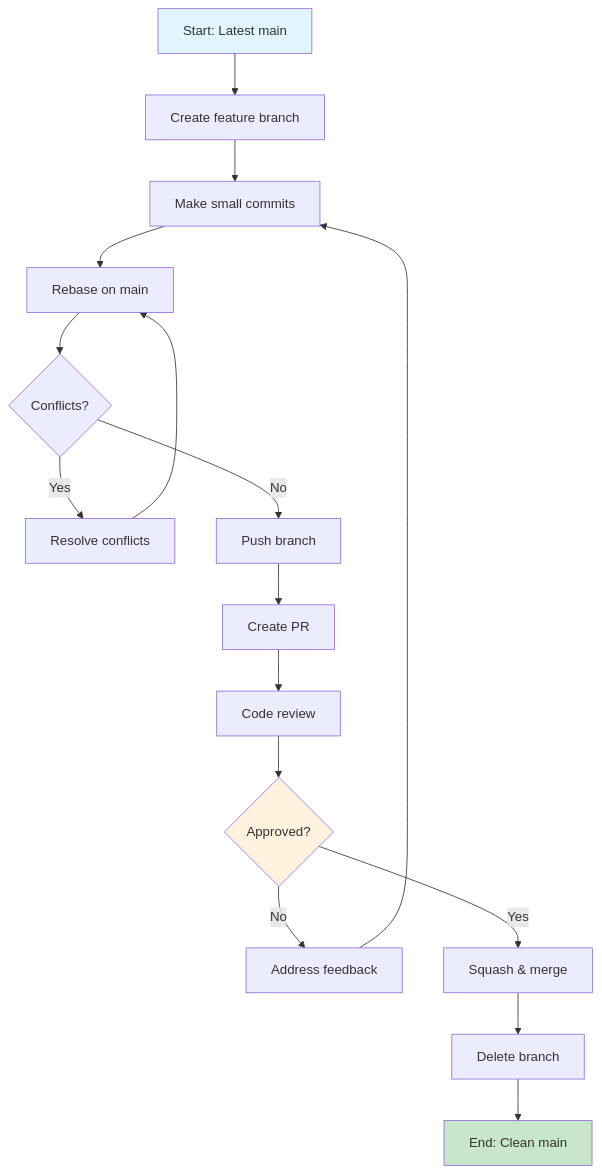
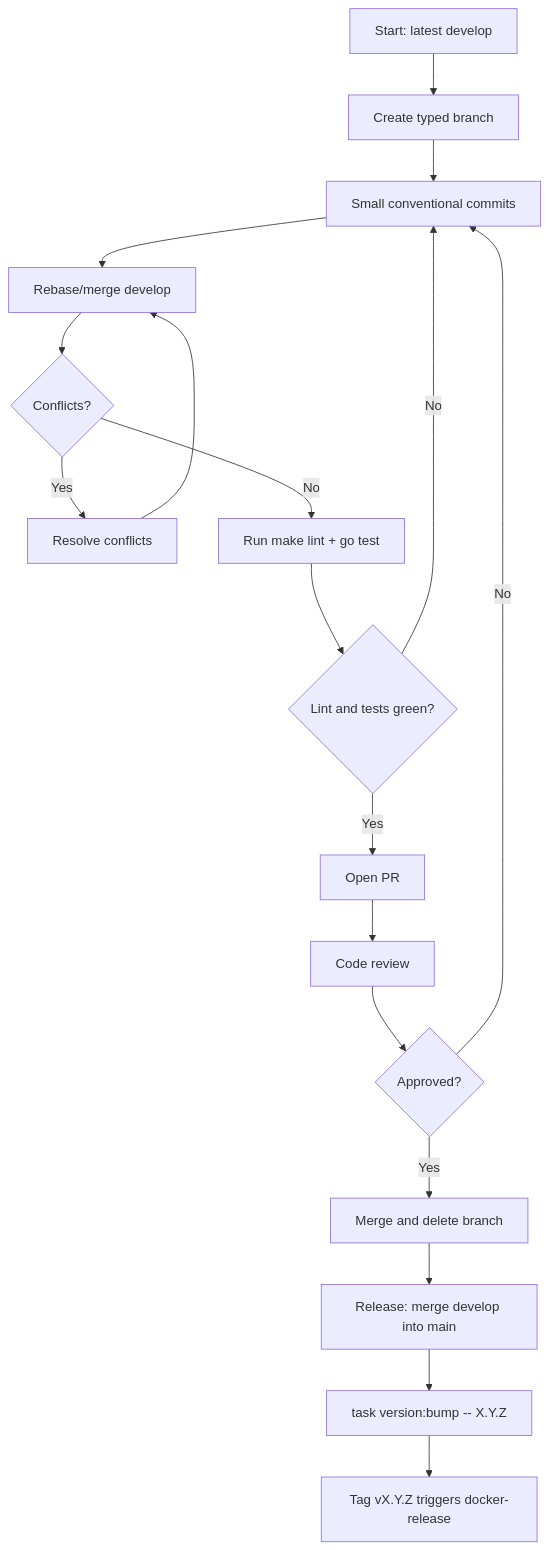
The diagram in .github/branch-strategies-not-used.md (asgambat/gospin), drawn with Mermaid before and after one commit. The commit also changed other lines of this file and 72 other files, not shown here.

````diff
--- a/.github/branch-strategies-not-used.md
+++ b/.github/branch-strategies-not-used.md
@@ -179,22 +190,20 @@
 ```mermaid
 flowchart TD
-    A[Start: Latest main] --> B[Create feature branch]
-    B --> C[Make small commits]
-    C --> D[Rebase on main]
+    A[Start: latest develop] --> B[Create typed branch]
+    B --> C[Small conventional commits]
+    C --> D[Rebase/merge develop]
     D --> E{Conflicts?}
     E -->|Yes| F[Resolve conflicts]
     F --> D
-    E -->|No| G[Push branch]
-    G --> H[Create PR]
-    H --> I[Code review]
-    I --> J{Approved?}
-    J -->|No| K[Address feedback]
-    K --> C
-    J -->|Yes| L[Squash & merge]
-    L --> M[Delete branch]
-    M --> N[End: Clean main]
-
-    style A fill:#e1f5fe
-    style N fill:#c8e6c9
-    style J fill:#fff3e0
+    E -->|No| G[Run make lint + go test]
+    G --> H{Lint and tests green?}
+    H -->|No| C
+    H -->|Yes| I[Open PR]
+    I --> J[Code review]
+    J --> K{Approved?}
+    K -->|No| C
+    K -->|Yes| L[Merge and delete branch]
+    L --> M[Release: merge develop into main]
+    M --> N[task version:bump -- X.Y.Z]
+    N --> O[Tag vX.Y.Z triggers docker-release]
 ```
````
